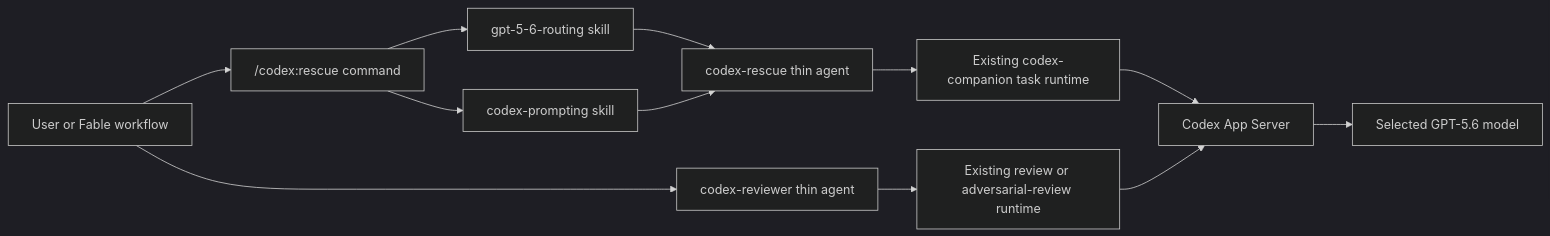
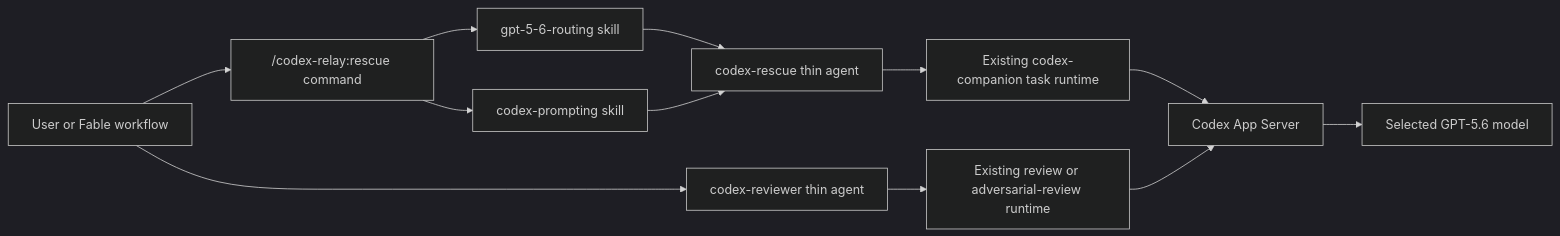
One commit to openai/codex-plugin-cc changed the diagram in docs/superpowers/specs/2026-07-10-codex-cc-relay-plugin-design.md. Above: the diagram before and after it, drawn with Mermaid (dark theme). The commit also changed other lines of this file and 24 other files, not shown here.

Commit message:
feat: rename plugin to codex-relay

````diff
--- a/docs/superpowers/specs/2026-07-10-codex-cc-relay-plugin-design.md
+++ b/docs/superpowers/specs/2026-07-10-codex-cc-relay-plugin-design.md
@@ -91,15 +92,15 @@
 ```mermaid
 flowchart LR
-    U["User or Fable workflow"] --> C["/codex:rescue command"]
+    U["User or Fable workflow"] --> C["/codex-relay:rescue command"]
     C --> R["gpt-5-6-routing skill"]
     C --> P["codex-prompting skill"]
     R --> A["codex-rescue thin agent"]
     P --> A
     A --> X["Existing codex-companion task runtime"]
     X --> S["Codex App Server"]
     S --> G["Selected GPT-5.6 model"]
 
     U --> V["codex-reviewer thin agent"]
     V --> Q["Existing review or adversarial-review runtime"]
     Q --> S
 ```
````
